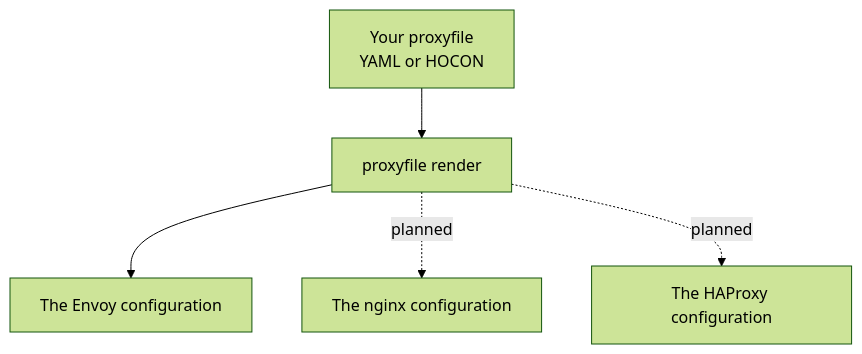
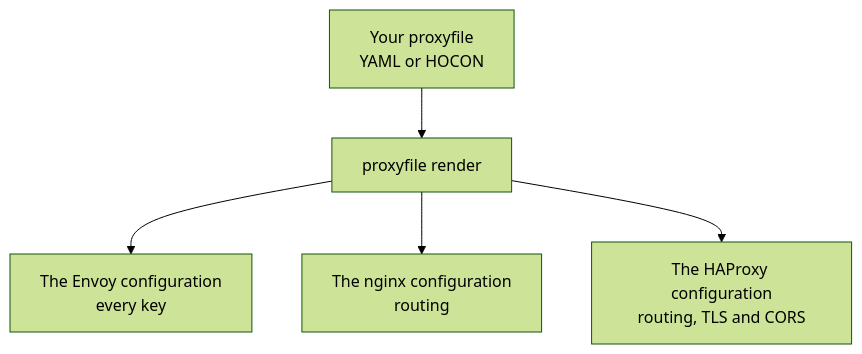
Before and after one commit to kitecorp/proxyfile: the first of 2 diagrams in README.md, drawn with Mermaid (forest theme). The commit also changed other lines of this file and 77 other files, not shown here.

````diff
--- a/README.md
+++ b/README.md
@@ -15,7 +16,7 @@
 ```mermaid
 flowchart TB
     source["Your proxyfile<br/>YAML or HOCON"] --> render["proxyfile render"]
-    render --> envoy["The Envoy configuration"]
-    render -. planned .-> nginx["The nginx configuration"]
-    render -. planned .-> haproxy["The HAProxy configuration"]
+    render --> envoy["The Envoy configuration<br/>every key"]
+    render --> nginx["The nginx configuration<br/>routing"]
+    render --> haproxy["The HAProxy configuration<br/>routing, TLS and CORS"]
 ```
````
